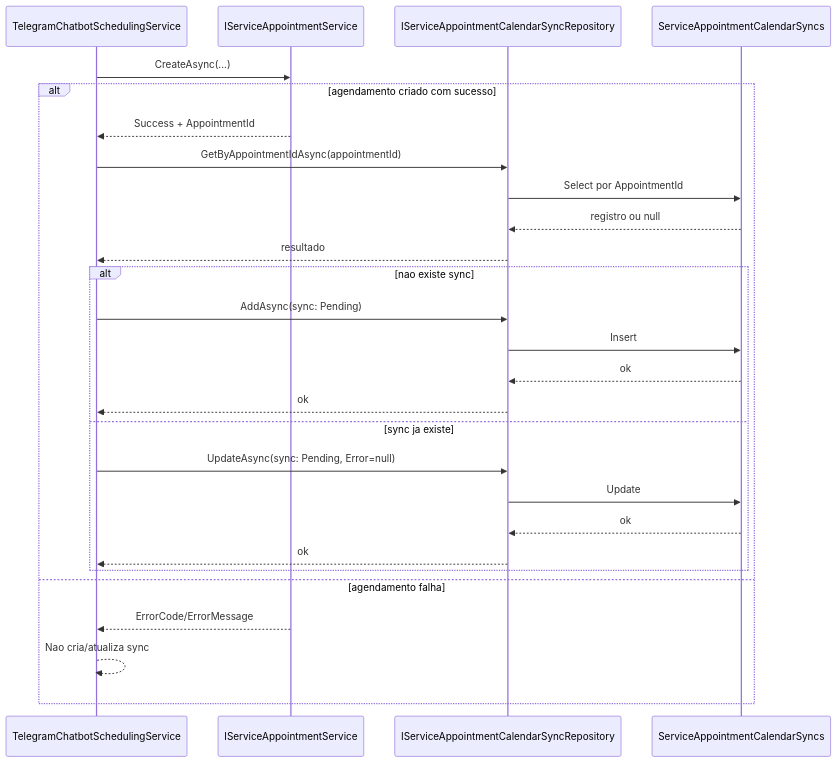
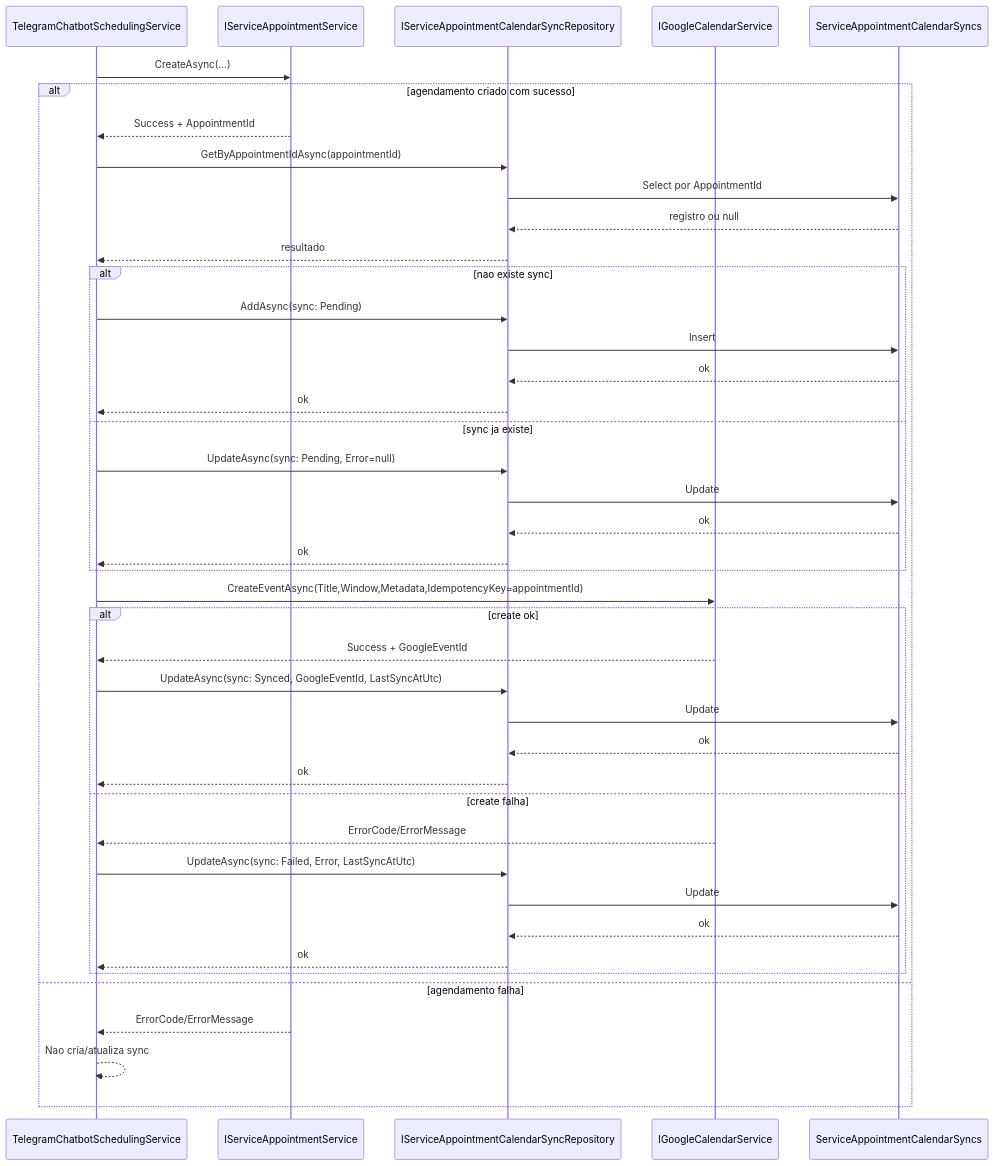
One commit to leonardomendes201704/ConsertaPraMim changed the diagram in Documentacao/DIAGRAMAS/REALTIME_PRESENCA_CHAT/ST-012-sync-agendamento-google-calendar/sequencia-sync-agendamento-google-calendar.mmd. Above: the diagram before and after it, drawn with Mermaid. The commit also changed 11 other files, not shown here.

Commit message:
feat(st-012): criar evento google com idempotencia por appointment

```diff
--- a/Documentacao/DIAGRAMAS/REALTIME_PRESENCA_CHAT/ST-012-sync-agendamento-google-calendar/sequencia-sync-agendamento-google-calendar.mmd
+++ b/Documentacao/DIAGRAMAS/REALTIME_PRESENCA_CHAT/ST-012-sync-agendamento-google-calendar/sequencia-sync-agendamento-google-calendar.mmd
@@ -1,29 +1,45 @@
 sequenceDiagram
     participant App as TelegramChatbotSchedulingService
     participant Appointment as IServiceAppointmentService
     participant Repo as IServiceAppointmentCalendarSyncRepository
+    participant GCal as IGoogleCalendarService
     participant Db as ServiceAppointmentCalendarSyncs
 
     App->>Appointment: CreateAsync(...)
     alt agendamento criado com sucesso
         Appointment-->>App: Success + AppointmentId
         App->>Repo: GetByAppointmentIdAsync(appointmentId)
         Repo->>Db: Select por AppointmentId
         Db-->>Repo: registro ou null
         Repo-->>App: resultado
 
         alt nao existe sync
             App->>Repo: AddAsync(sync: Pending)
             Repo->>Db: Insert
             Db-->>Repo: ok
             Repo-->>App: ok
         else sync ja existe
             App->>Repo: UpdateAsync(sync: Pending, Error=null)
             Repo->>Db: Update
             Db-->>Repo: ok
             Repo-->>App: ok
         end
+
+        App->>GCal: CreateEventAsync(Title,Window,Metadata,IdempotencyKey=appointmentId)
+        alt create ok
+            GCal-->>App: Success + GoogleEventId
+            App->>Repo: UpdateAsync(sync: Synced, GoogleEventId, LastSyncAtUtc)
+            Repo->>Db: Update
+            Db-->>Repo: ok
+            Repo-->>App: ok
+        else create falha
+            GCal-->>App: ErrorCode/ErrorMessage
+            App->>Repo: UpdateAsync(sync: Failed, Error, LastSyncAtUtc)
+            Repo->>Db: Update
+            Db-->>Repo: ok
+            Repo-->>App: ok
+        end
     else agendamento falha
         Appointment-->>App: ErrorCode/ErrorMessage
         App-->>App: Nao cria/atualiza sync
     end
```
